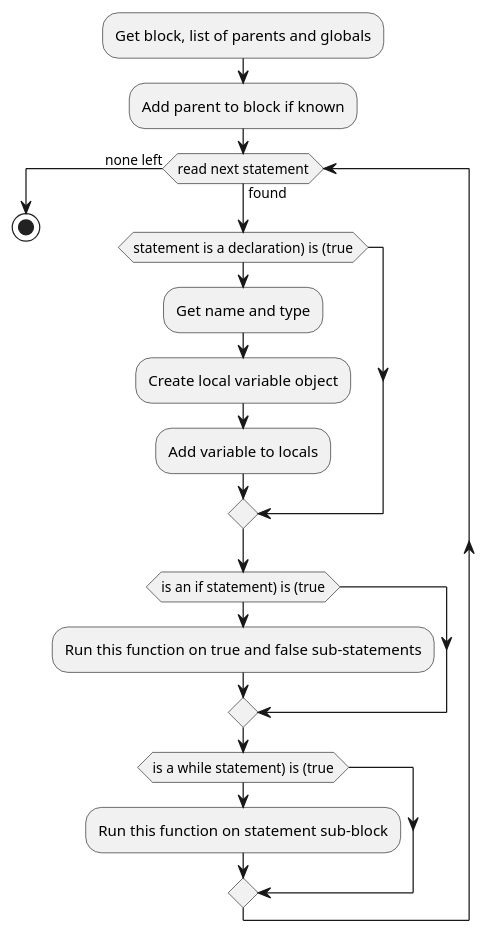
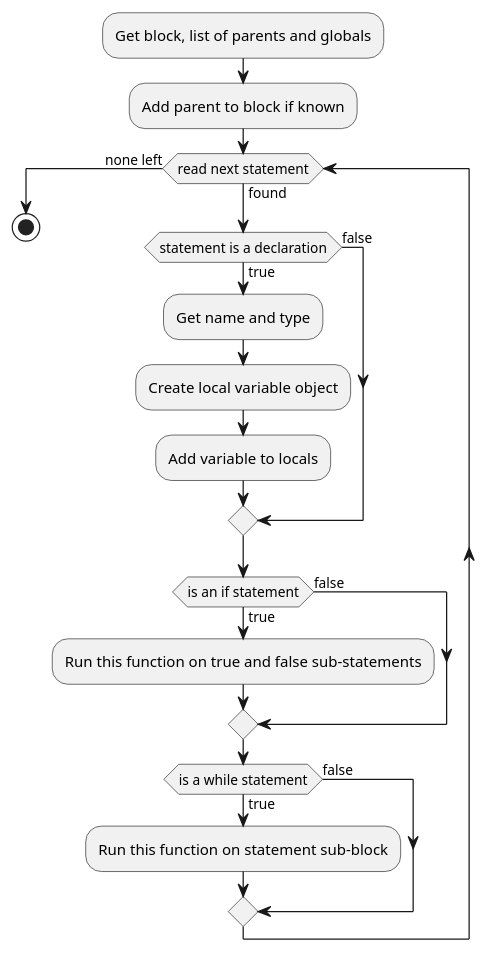
Before and after one commit to sj19217/CS-Coursework: the fourth of 7 diagrams in Compiler/algorithms_structure.md, drawn with PlantUML. The commit also changed other lines of this file and 1 other file, not shown here.

Commit message:
Corrections from proof reading

````diff
--- a/Compiler/algorithms_structure.md
+++ b/Compiler/algorithms_structure.md
@@ -137,20 +139,23 @@
 ```plantuml
 @startuml
 :Get block, list of parents and globals;
 :Add parent to block if known;
 while (read next statement) is (found)
-    if (statement is a declaration) is (true)
+    if (statement is a declaration) then (true)
         :Get name and type;
         :Create local variable object;
         :Add variable to locals;
+    else (false)
     endif
-    if (is an if statement) is (true)
+    if (is an if statement) then (true)
         :Run this function on true and false sub-statements;
+    else (false)
     endif
-    if (is a while statement) is (true)
+    if (is a while statement) then (true)
         :Run this function on statement sub-block;
+    else (false)
     endif
 endwhile (none left)
 stop
 @enduml
 ```
````
